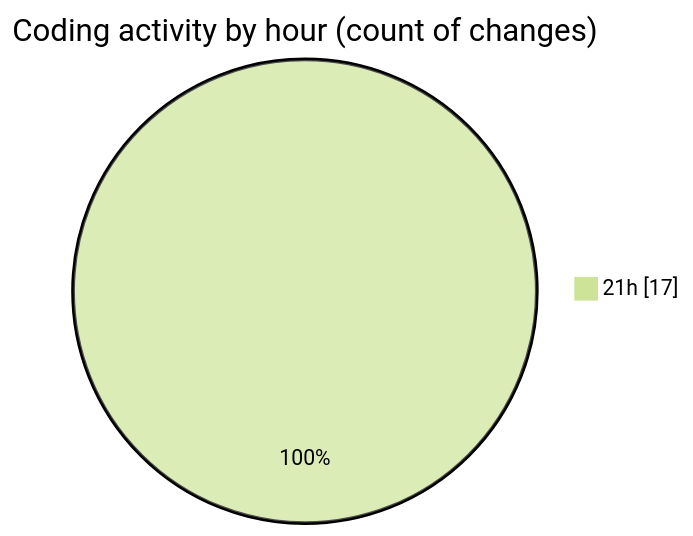
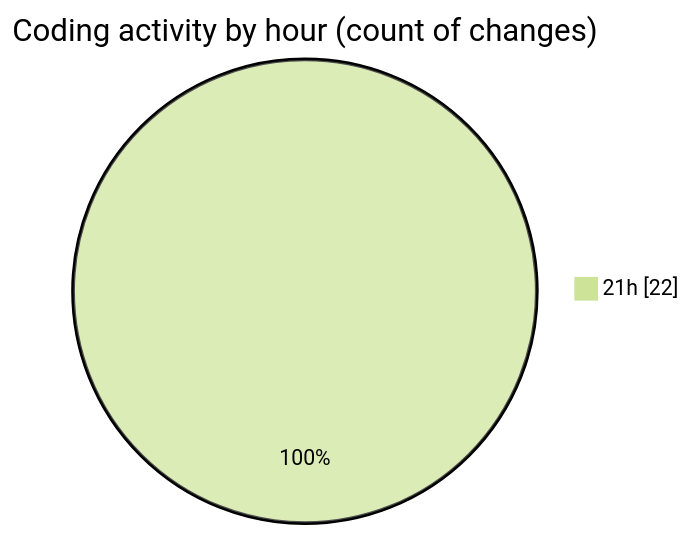
The second of 2 diagrams in 2025-04-05/schoolmanagement/README.md (Netris89/code-tracking), drawn with Mermaid (forest theme) before and after one commit. The commit also changed other lines of this file and 1 other file, not shown here.

````diff
--- a/2025-04-05/schoolmanagement/README.md
+++ b/2025-04-05/schoolmanagement/README.md
@@ -35,5 +38,5 @@
 ```mermaid
 pie showData
 title Coding activity by hour (count of changes)
-"21h" : 17
+"21h" : 22
 ```
````
